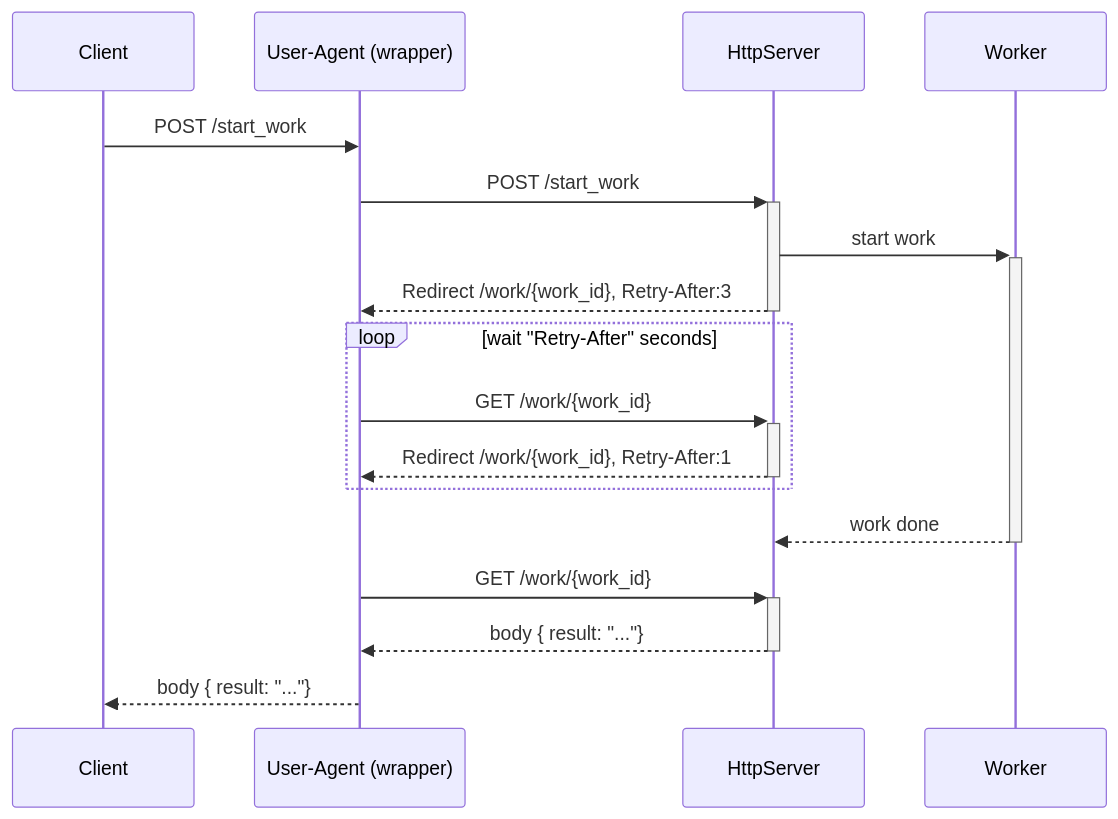
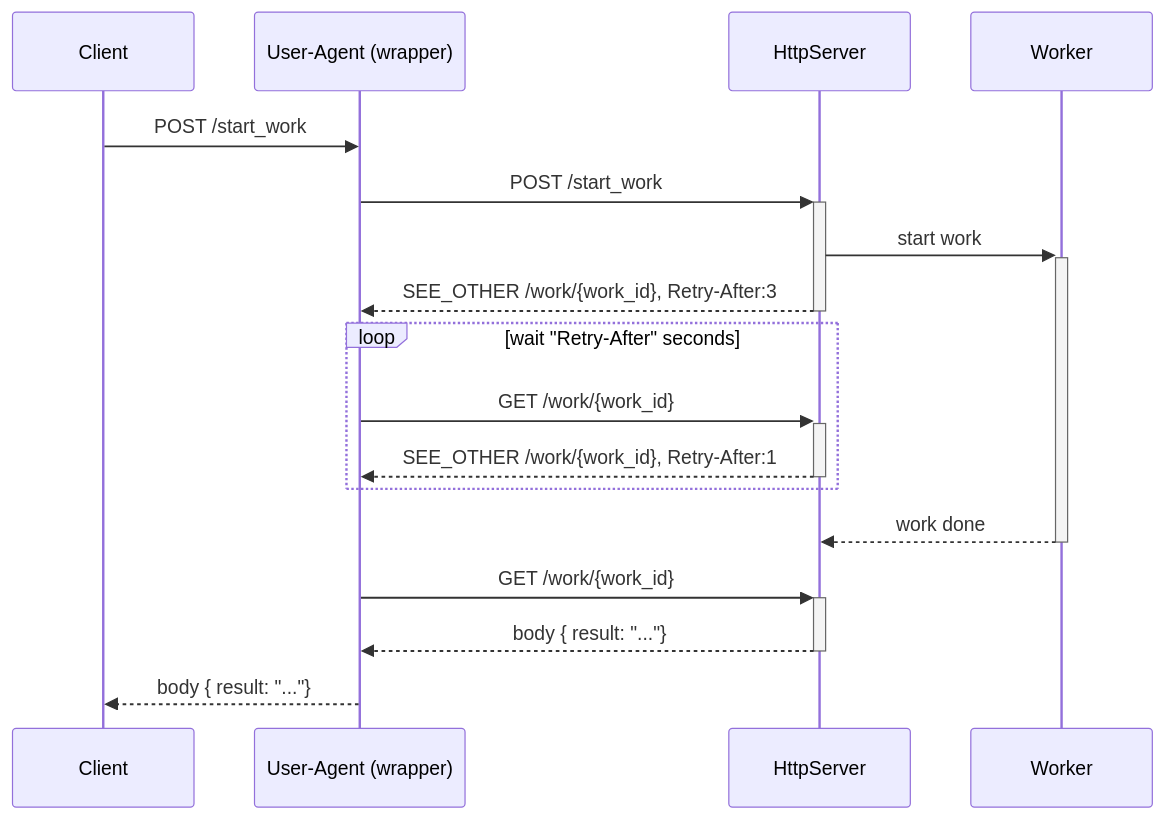
The second of 2 diagrams in polling/README.md (davidB/sandbox_http), drawn with Mermaid before and after one commit. The commit also changed other lines of this file, not shown here.

````diff
--- a/polling/README.md
+++ b/polling/README.md
@@ -42,21 +42,21 @@
 ```mermaid
 sequenceDiagram
     participant C as Client
     participant A as User-Agent (wrapper)
     participant S as HttpServer
     participant W as Worker
 
     C->>A: POST /start_work
     A->>+S: POST /start_work
     S->>+W: start work
-    S-->>-A: Redirect /work/{work_id}, Retry-After:3
+    S-->>-A: SEE_OTHER /work/{work_id}, Retry-After:3
     loop wait "Retry-After" seconds
         A->>+S: GET /work/{work_id}
-        S-->>-A: Redirect /work/{work_id}, Retry-After:1
+        S-->>-A: SEE_OTHER /work/{work_id}, Retry-After:1
     end
     W-->>-S: work done
     A->>+S: GET /work/{work_id}
     S-->>-A: body { result: "..."}
     A-->>C: body { result: "..."}
 
 ```
````
